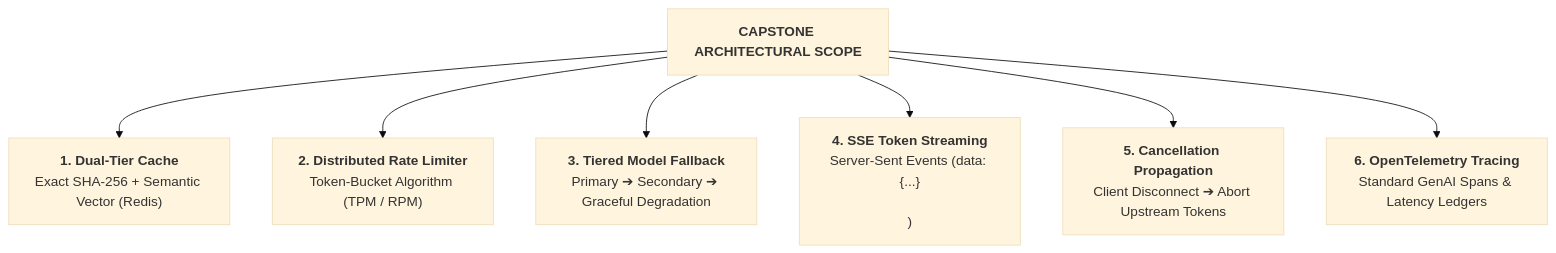
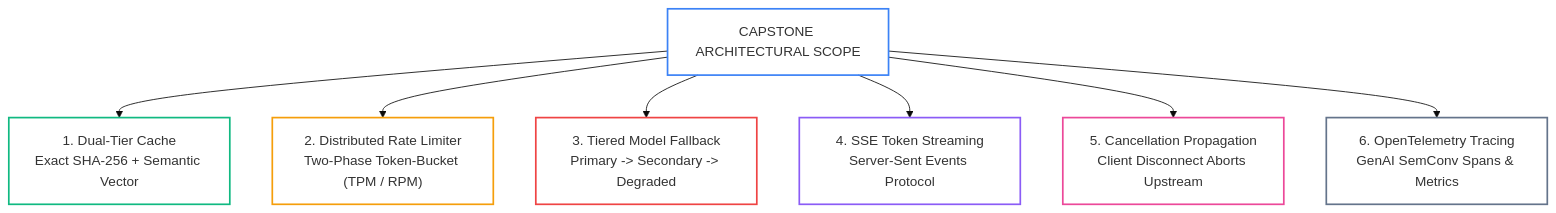
The diagram in 07-production-deployment-and-llmops/labs/capstone-production-ai-gateway.md (dip4k/senior-engineer-to-ai-engineer-roadmap), drawn with Mermaid (base theme) before and after one commit. The commit also changed other lines of this file and 49 other files, not shown here.

First line of the commit message:
feat(curriculum): complete 2026 refactoring across roadmaps, use-cases, labs, and agent-forge

````diff
--- a/07-production-deployment-and-llmops/labs/capstone-production-ai-gateway.md
+++ b/07-production-deployment-and-llmops/labs/capstone-production-ai-gateway.md
@@ -11,18 +13,26 @@
 ```mermaid
 flowchart TD
-    Scope["<b>CAPSTONE ARCHITECTURAL SCOPE</b>"]
+    Scope["CAPSTONE ARCHITECTURAL SCOPE"]
     
-    C1["<b>1. Dual-Tier Cache</b><br/>Exact SHA-256 + Semantic Vector (Redis)"]
-    C2["<b>2. Distributed Rate Limiter</b><br/>Token-Bucket Algorithm (TPM / RPM)"]
-    C3["<b>3. Tiered Model Fallback</b><br/>Primary ➔ Secondary ➔ Graceful Degradation"]
-    C4["<b>4. SSE Token Streaming</b><br/>Server-Sent Events (data: {...}\n\n)"]
-    C5["<b>5. Cancellation Propagation</b><br/>Client Disconnect ➔ Abort Upstream Tokens"]
-    C6["<b>6. OpenTelemetry Tracing</b><br/>Standard GenAI Spans & Latency Ledgers"]
+    C1["1. Dual-Tier Cache<br/>Exact SHA-256 + Semantic Vector"]
+    C2["2. Distributed Rate Limiter<br/>Two-Phase Token-Bucket (TPM / RPM)"]
+    C3["3. Tiered Model Fallback<br/>Primary -> Secondary -> Degraded"]
+    C4["4. SSE Token Streaming<br/>Server-Sent Events Protocol"]
+    C5["5. Cancellation Propagation<br/>Client Disconnect Aborts Upstream"]
+    C6["6. OpenTelemetry Tracing<br/>GenAI SemConv Spans & Metrics"]
     
     Scope --> C1
     Scope --> C2
     Scope --> C3
     Scope --> C4
     Scope --> C5
     Scope --> C6
+
+    style Scope fill:none,stroke:#3b82f6,stroke-width:2px
+    style C1 fill:none,stroke:#10b981,stroke-width:2px
+    style C2 fill:none,stroke:#f59e0b,stroke-width:2px
+    style C3 fill:none,stroke:#ef4444,stroke-width:2px
+    style C4 fill:none,stroke:#8b5cf6,stroke-width:2px
+    style C5 fill:none,stroke:#ec4899,stroke-width:2px
+    style C6 fill:none,stroke:#64748b,stroke-width:2px
 ```
````
